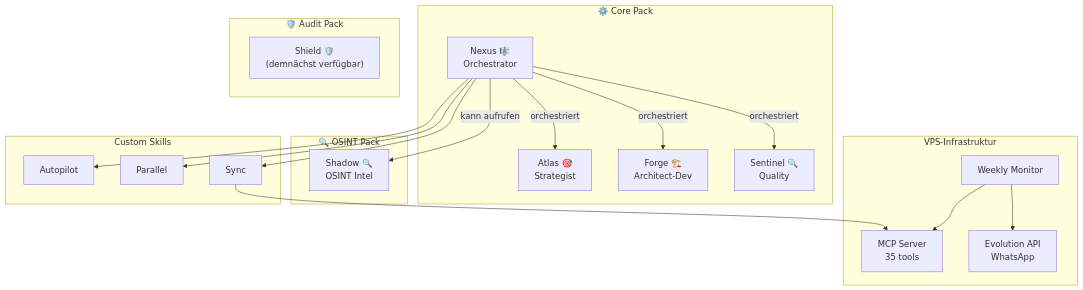
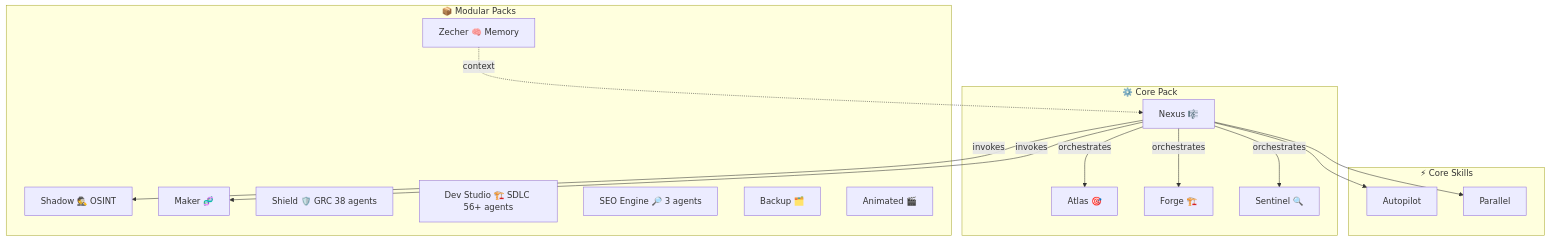
One commit to lrochetta/BMAD-PLUS changed the diagram in readme-international/README.de.md. Above: the diagram before and after it, drawn with Mermaid. The commit also changed other lines of this file and 4 other files, not shown here.

Commit message:
docs: fix all obsolete content — 56+ agents, complete 9-pack tables, updated diagrams (EN/FR/ES/DE/DIST)

````diff
--- a/readme-international/README.de.md
+++ b/readme-international/README.de.md
@@ -203,42 +203,34 @@
 ```mermaid
 graph TB
     subgraph Core["⚙️ Core Pack"]
-        AT[Atlas 🎯<br/>Strategist]
-        FG[Forge 🏗️<br/>Architect-Dev]
-        SN[Sentinel 🔍<br/>Quality]
-        NX[Nexus 🎼<br/>Orchestrator]
+        AT["Atlas 🎯"]
+        FG["Forge 🏗️"]
+        SN["Sentinel 🔍"]
+        NX["Nexus 🎼"]
     end
 
-    subgraph OSINT["🔍 OSINT Pack"]
-        SH[Shadow 🔍<br/>OSINT Intel]
+    subgraph Packs["📦 Modular Packs"]
+        SH["Shadow 🕵️ OSINT"]
+        MK["Maker 🧬"]
+        ZC["Zecher 🧠 Memory"]
+        SD["Shield 🛡️ GRC 38 agents"]
+        DS["Dev Studio 🏗️ SDLC 56+ agents"]
+        SEO["SEO Engine 🔎 3 agents"]
+        BK["Backup 🗂️"]
+        AN["Animated 🎬"]
     end
 
-    subgraph Audit["🛡️ Audit Pack"]
-        SD["Shield 🛡️<br/>(demnächst verfügbar)"]
+    subgraph Skills["⚡ Core Skills"]
+        AP[Autopilot]
+        PL[Parallel]
     end
 
-    NX -->|orchestriert| AT
-    NX -->|orchestriert| FG
-    NX -->|orchestriert| SN
-    NX -->|kann aufrufen| SH
-
-    subgraph Skills["Custom Skills"]
-        AP[Autopilot]
-        PL[Parallel]
-        SY[Sync]
-    end
-
+    NX -->|orchestrates| AT
+    NX -->|orchestrates| FG
+    NX -->|orchestrates| SN
+    NX -->|invokes| SH
+    NX -->|invokes| MK
     NX --> AP
     NX --> PL
-    NX --> SY
-
-    subgraph VPS["VPS-Infrastruktur"]
-        MCP[MCP Server<br/>35 tools]
-        EVO[Evolution API<br/>WhatsApp]
-        MON[Weekly Monitor]
-    end
-
-    SY --> MCP
-    MON --> EVO
-    MON --> MCP
+    ZC -.->|context| NX
 ```
````
